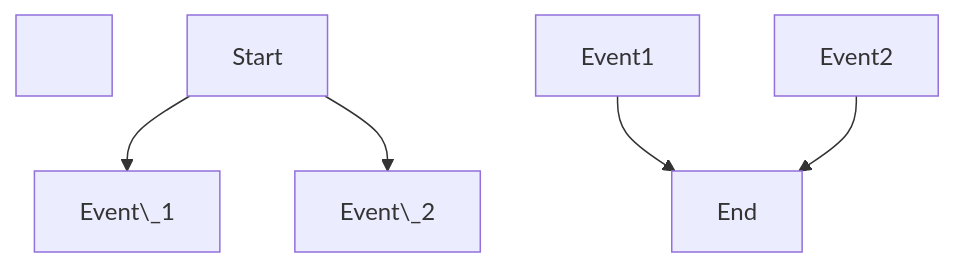
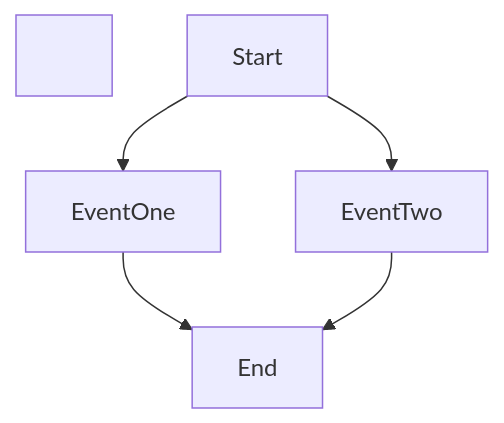
Before and after one commit to LbsLundAW/DiceGame-Examples: the diagram in README.md, drawn with Mermaid.

````diff
--- a/README.md
+++ b/README.md
@@ -7,13 +7,13 @@
 ```mermaid
 
 graph TD;
 
-&nbsp;	Start-->Event\_1;
+&nbsp;	Start-->EventOne;
 
-&nbsp;	Start-->Event\_2;
+&nbsp;	Start-->EventTwo;
 
-&nbsp;	Event1-->End;
+&nbsp;	EventOne-->End;
 
-&nbsp;	Event2-->End;
+&nbsp;	EventTwo-->End;
 
 ```
````
